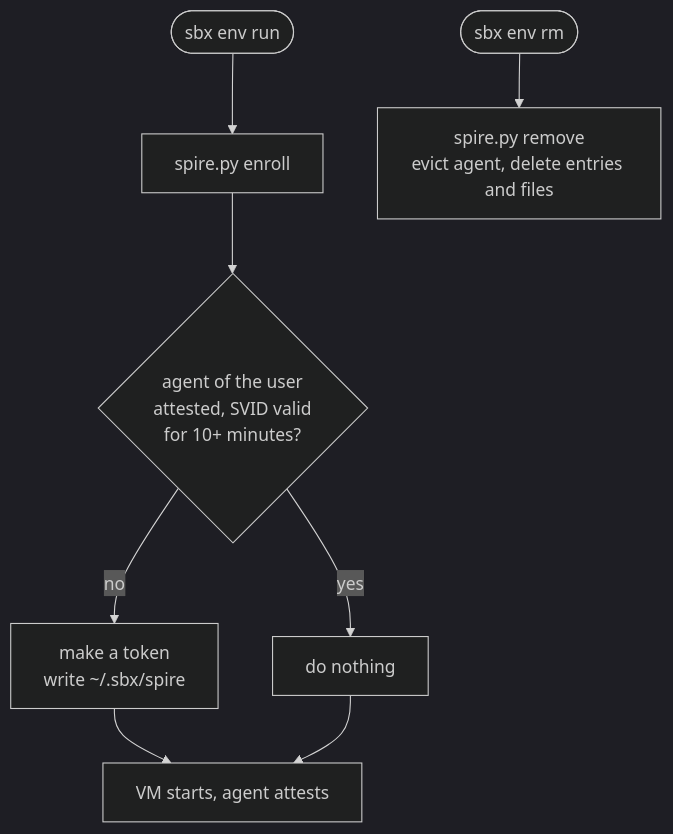
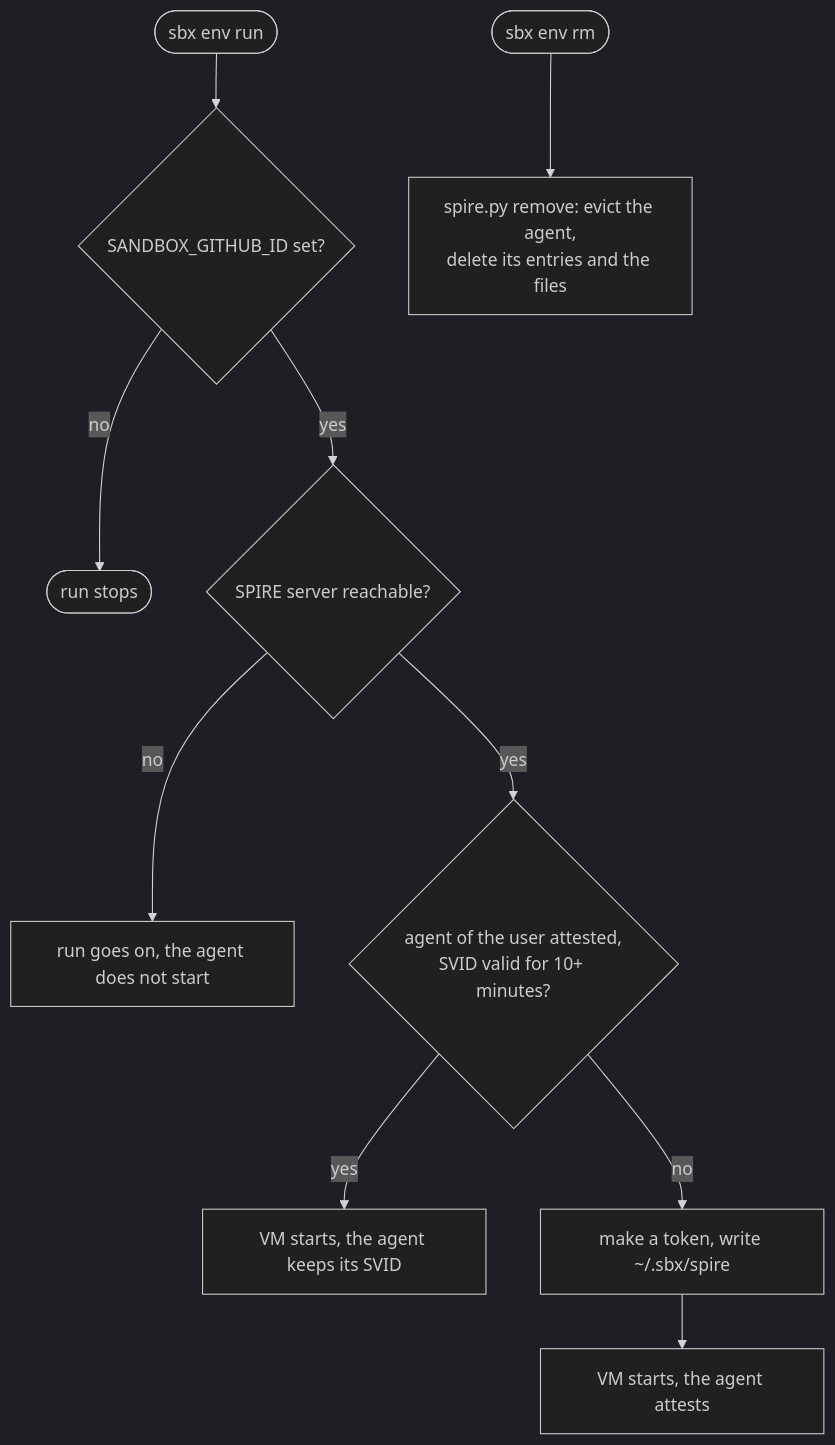
The second of 2 diagrams in .sbx/README.md (raghav19/engineersdaybook), drawn with Mermaid (dark theme) before and after one commit. The commit also changed other lines of this file, not shown here.

First line of the commit message:
Reshape the node identity section of the sbx README

````diff
--- a/.sbx/README.md
+++ b/.sbx/README.md
@@ -91,10 +90,12 @@
 ```mermaid
 flowchart TD
-    run(["sbx env run"]) --> enroll["spire.py enroll"]
-    enroll --> attested{"agent of the user<br/>attested, SVID valid<br/>for 10+ minutes?"}
-    attested -- yes --> nothing["do nothing"]
-    attested -- no --> token["make a token<br/>write ~/.sbx/spire"]
-    token --> boot["VM starts, agent attests"]
-    nothing --> boot
-    rm(["sbx env rm"]) --> remove["spire.py remove<br/>evict agent, delete entries and files"]
+    run(["sbx env run"]) --> id{"SANDBOX_GITHUB_ID set?"}
+    id -- no --> stop(["run stops"])
+    id -- yes --> cluster{"SPIRE server reachable?"}
+    cluster -- no --> skip["run goes on, the agent does not start"]
+    cluster -- yes --> attested{"agent of the user attested,<br/>SVID valid for 10+ minutes?"}
+    attested -- yes --> keep["VM starts, the agent keeps its SVID"]
+    attested -- no --> token["make a token, write ~/.sbx/spire"]
+    token --> attest["VM starts, the agent attests"]
+    rm(["sbx env rm"]) --> remove["spire.py remove: evict the agent,<br/>delete its entries and the files"]
 ```
````
